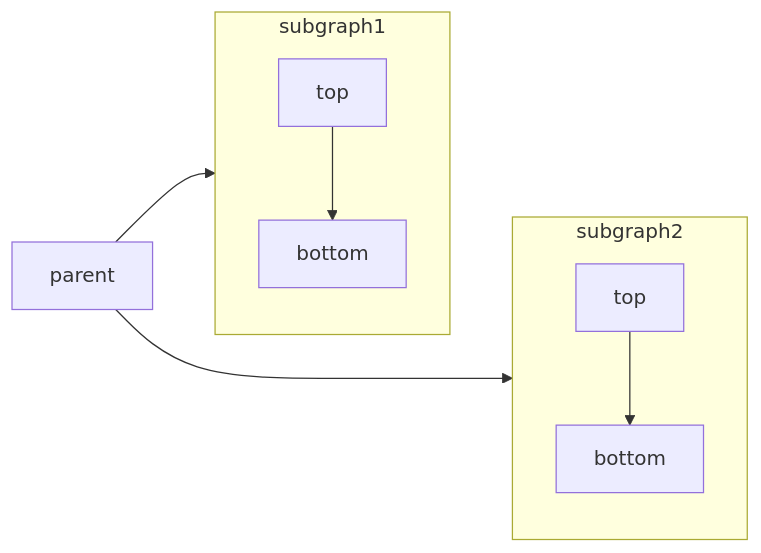
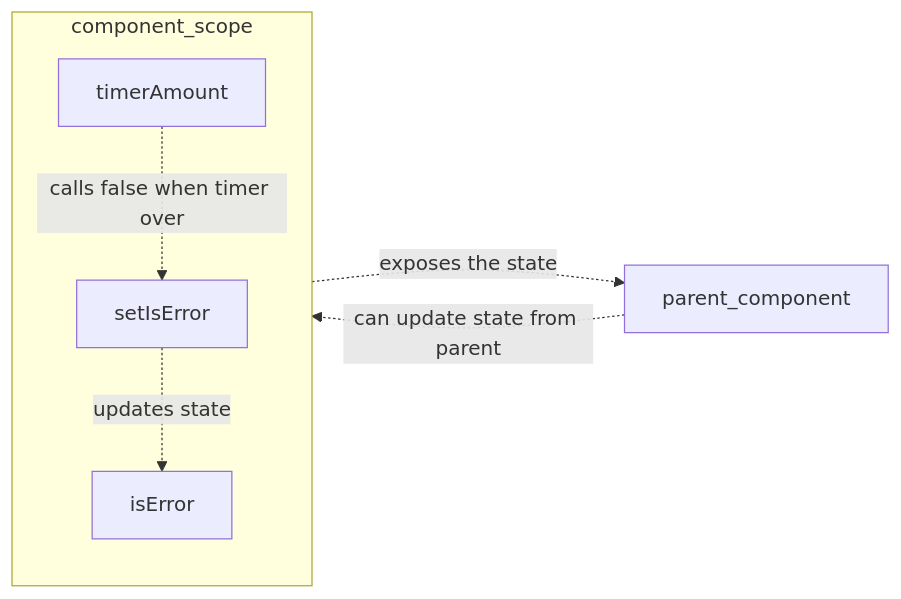
Before and after one commit to floris-xlx/docs.xylex.ai: the diagram in ui/error.mdx, drawn with Mermaid. The commit also changed other lines of this file, not shown here.

Commit message:
Documentation edits made through Mintlify web editor

````diff
--- a/ui/error.mdx
+++ b/ui/error.mdx
@@ -58,13 +59,13 @@
 ```mermaid
-  flowchart LR
-    subgraph subgraph1
-        direction TB
-        top1[top] --> bottom1[bottom]
-    end
-    subgraph subgraph2
-        direction TB
-        top2[top] --> bottom2[bottom]
-    end
-    parent --> subgraph1
-    parent ---> top2
+flowchart LR
+  subgraph component_scope
+      direction TB
+      timerAmount[timerAmount]  -. calls false when timer over .-> setIsError[setIsError]
+      setIsError[setIsError] -. updates state .-> isError[isError]
+  end
+
+  isError -. exposes the state .->    parent_component
+  parent_component -. can update state from parent .-> setIsError
+
+  
 ```
````
